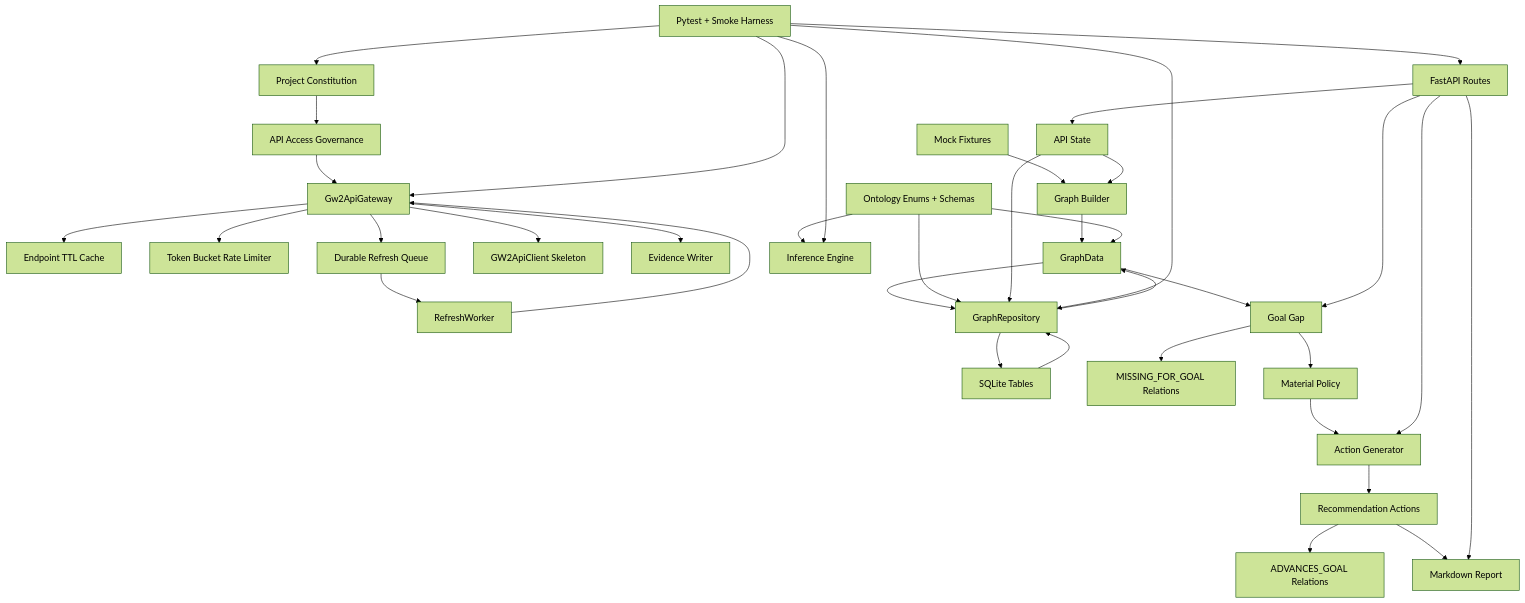
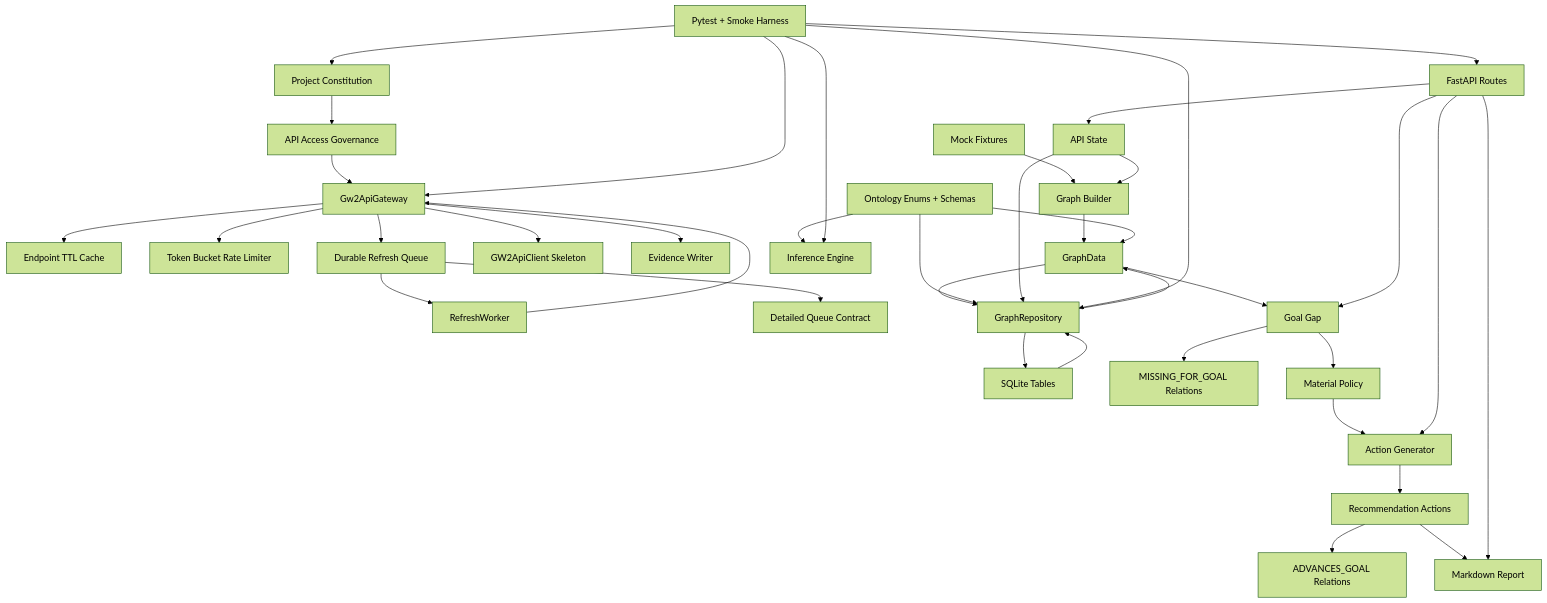
Before and after one commit to johnslee1207-commits/gw2radar: the diagram in docs/analysis/CODE_SPECTRUM_AND_SEMANTIC_GRAPH.md, drawn with Mermaid (forest theme). The commit also changed other lines of this file and 4 other files, not shown here.

Commit message:
Update graph maturity roadmap

````diff
--- a/docs/analysis/CODE_SPECTRUM_AND_SEMANTIC_GRAPH.md
+++ b/docs/analysis/CODE_SPECTRUM_AND_SEMANTIC_GRAPH.md
@@ -59,44 +59,45 @@
 ```mermaid
 flowchart TD
   Constitution["Project Constitution"] --> Governance["API Access Governance"]
   Governance --> Gateway["Gw2ApiGateway"]
   Gateway --> Cache["Endpoint TTL Cache"]
   Gateway --> Limiter["Token Bucket Rate Limiter"]
   Gateway --> Queue["Durable Refresh Queue"]
   Gateway --> Client["GW2ApiClient Skeleton"]
   Gateway --> EvidenceWriter["Evidence Writer"]
   Queue --> RefreshWorker["RefreshWorker"]
+  Queue --> QueueContract["Detailed Queue Contract"]
   RefreshWorker --> Gateway
 
   Fixtures["Mock Fixtures"] --> GraphBuilder["Graph Builder"]
   GraphBuilder --> GraphData["GraphData"]
   GraphData --> Repository["GraphRepository"]
   Repository --> SQLite["SQLite Tables"]
   SQLite --> Repository
   Repository --> GraphData
 
   Ontology["Ontology Enums + Schemas"] --> GraphData
   Ontology --> Repository
   Ontology --> Inference["Inference Engine"]
 
   GraphData --> GoalGap["Goal Gap"]
   GoalGap --> MissingRelations["MISSING_FOR_GOAL Relations"]
   GoalGap --> MaterialPolicy["Material Policy"]
   MaterialPolicy --> ActionGen["Action Generator"]
   ActionGen --> Actions["Recommendation Actions"]
   Actions --> AdvancesRelations["ADVANCES_GOAL Relations"]
   Actions --> Report["Markdown Report"]
 
   API["FastAPI Routes"] --> GraphState["API State"]
   GraphState --> Repository
   GraphState --> GraphBuilder
   API --> GoalGap
   API --> ActionGen
   API --> Report
 
   Tests["Pytest + Smoke Harness"] --> API
   Tests --> Inference
   Tests --> Gateway
   Tests --> Repository
   Tests --> Constitution
 ```
````
